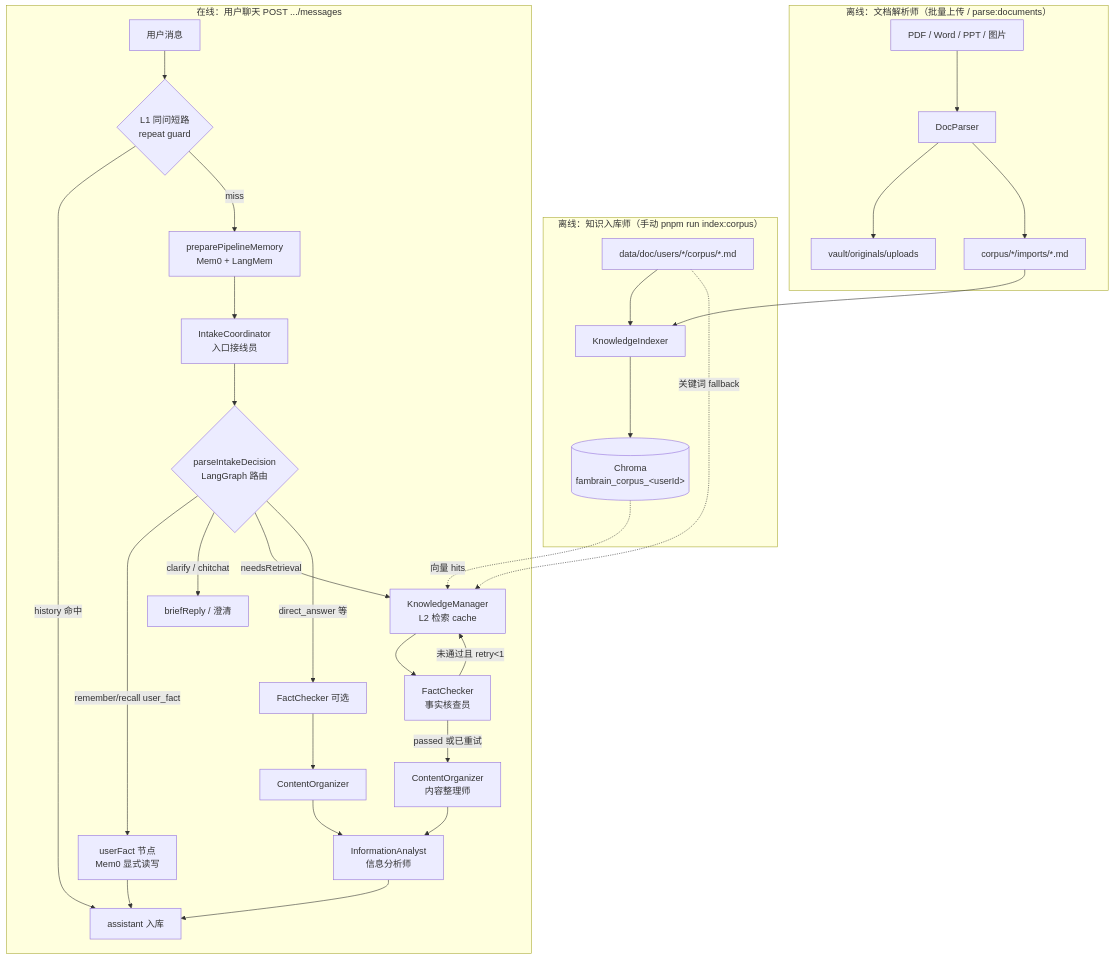
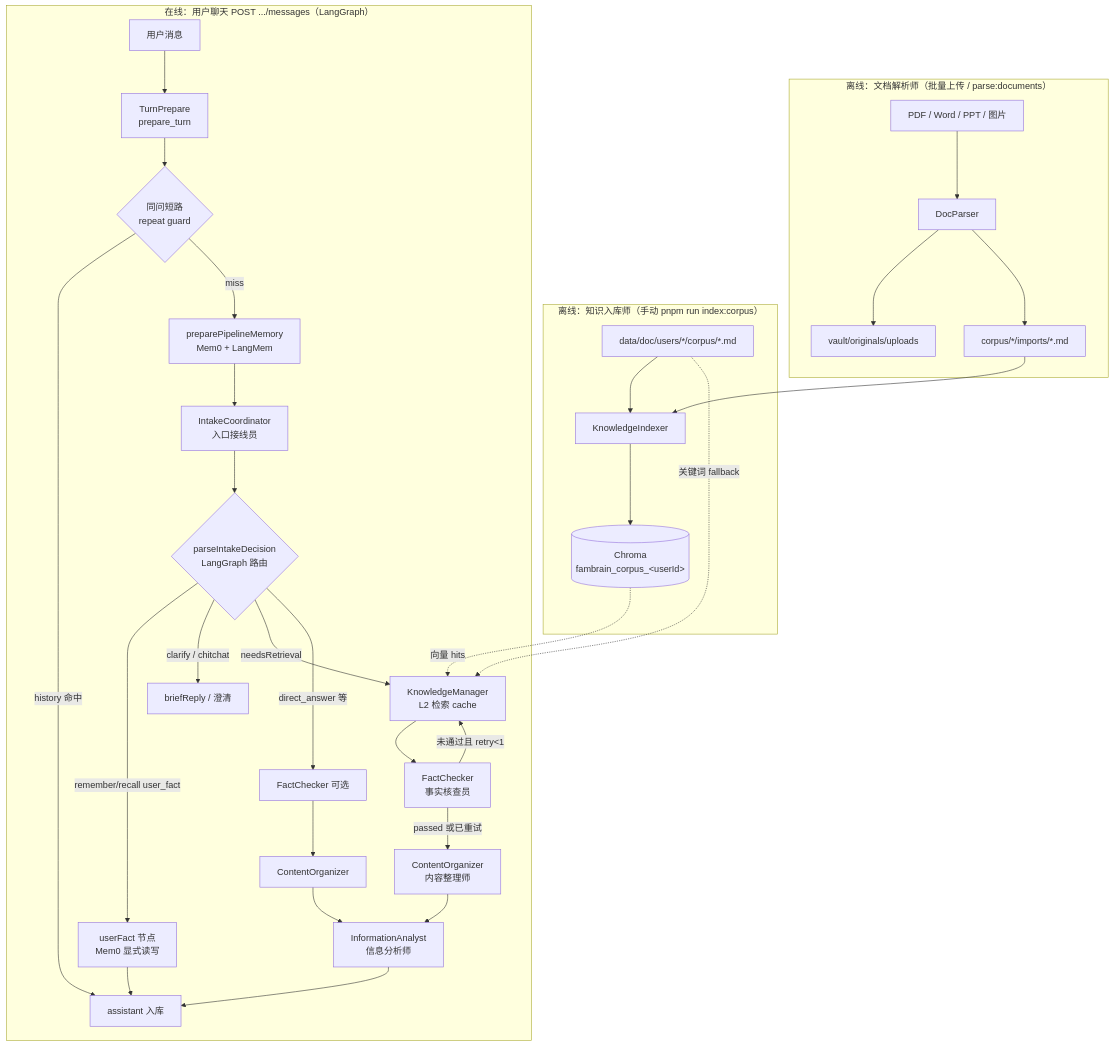
The first of 13 diagrams in docs/02-agent-flows.md (panzhanfei/fambrain-agents), drawn with Mermaid before and after one commit. The commit also changed other lines of this file and 29 other files, not shown here.

````diff
--- a/docs/02-agent-flows.md
+++ b/docs/02-agent-flows.md
@@ -21,41 +29,42 @@
 ```mermaid
 flowchart TB
   subgraph offline ["离线：知识入库师（手动 pnpm run index:corpus）"]
     MD["data/doc/users/*/corpus/*.md"]
     KI["KnowledgeIndexer"]
     CH[("Chroma<br/>fambrain_corpus_&lt;userId&gt;")]
     MD --> KI --> CH
   end
 
   subgraph ingest ["离线：文档解析师（批量上传 / parse:documents）"]
     UP["PDF / Word / PPT / 图片"]
     DP["DocParser"]
     VAULT["vault/originals/uploads"]
     IMP["corpus/*/imports/*.md"]
     UP --> DP
     DP --> VAULT
     DP --> IMP
     IMP --> KI
   end
 
-  subgraph online ["在线：用户聊天 POST .../messages"]
-    U[用户消息] --> REP{L1 同问短路<br/>repeat guard}
+  subgraph online ["在线：用户聊天 POST .../messages（LangGraph）"]
+    U[用户消息] --> PT[TurnPrepare<br/>prepare_turn]
+    PT --> REP{同问短路<br/>repeat guard}
     REP -->|history 命中| OUT[assistant 流式输出]
     REP -->|miss| MEM["preparePipelineMemory<br/>Mem0 + LangMem"]
     MEM --> IC[IntakeCoordinator<br/>入口接线员]
     IC --> P{parseIntakeDecision<br/>LangGraph 路由}
     P -->|remember/recall user_fact| UF[userFact 节点<br/>Mem0 显式读写]
     P -->|clarify / chitchat| R1[briefReply / 澄清]
     P -->|needsRetrieval| KM[KnowledgeManager<br/>L2 检索 cache]
     KM --> FC[FactChecker<br/>事实核查员]
     FC -->|passed 或已重试| CO[ContentOrganizer<br/>内容整理师]
     FC -->|未通过且 retry&lt;1| KM
     CO --> IA[InformationAnalyst<br/>信息分析师]
     P -->|direct_answer 等| FC2[FactChecker 可选] --> CO2[ContentOrganizer] --> IA
     IA --> OUT[assistant 入库]
     UF --> OUT
   end
 
   CH -.->|向量 hits| KM
   MD -.->|关键词 fallback| KM
 ```
````
